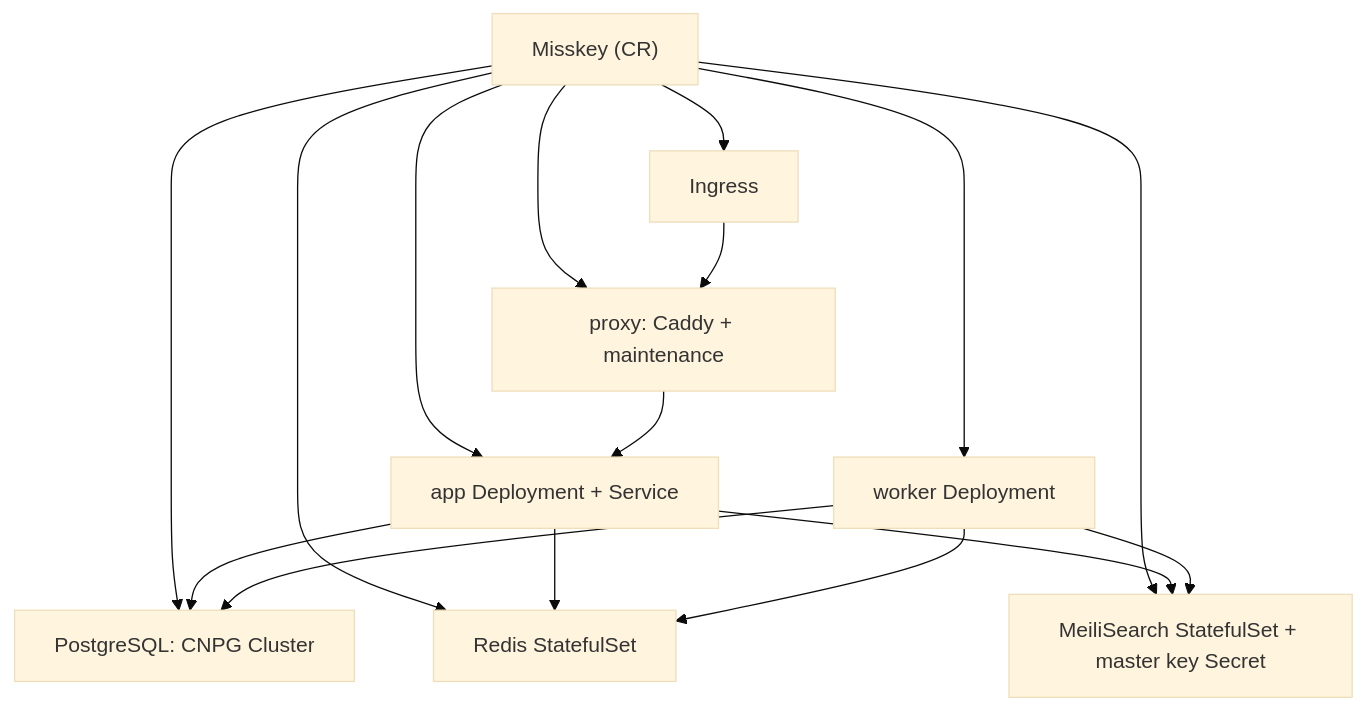
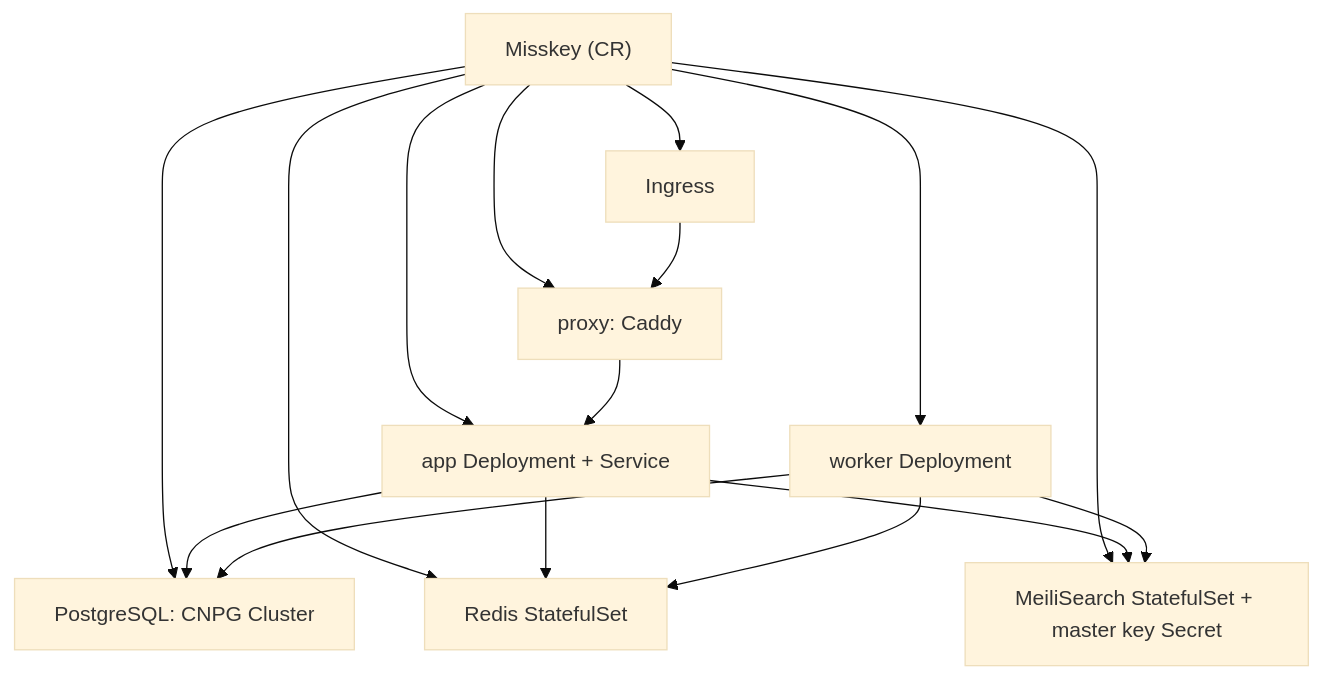
The diagram in README.md (chan-mai/cloud-native-misskey), drawn with Mermaid (base theme) before and after one commit. The commit also changed other lines of this file and 7 other files, not shown here.

````diff
--- a/README.md
+++ b/README.md
@@ -9,22 +9,22 @@
 ```mermaid
 flowchart TD
   CR["Misskey (CR)"]
 
   CR --> ing["Ingress"]
-  CR --> proxy["proxy: Caddy + maintenance"]
+  CR --> proxy["proxy: Caddy"]
   CR --> app["app Deployment + Service"]
   CR --> worker["worker Deployment"]
   CR --> redis["Redis StatefulSet"]
   CR --> meili["MeiliSearch StatefulSet + master key Secret"]
   CR --> pg["PostgreSQL: CNPG Cluster"]
 
   ing --> proxy
   proxy --> app
 
   app --> pg
   app --> redis
   app --> meili
   worker --> pg
   worker --> redis
   worker --> meili
 ```
````
